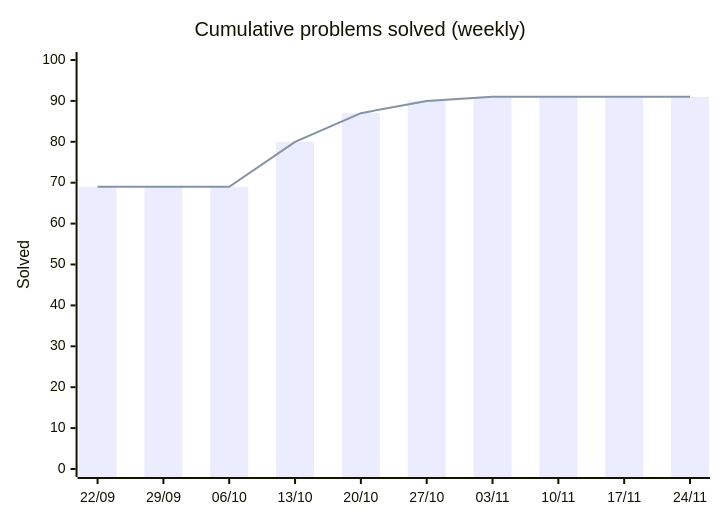
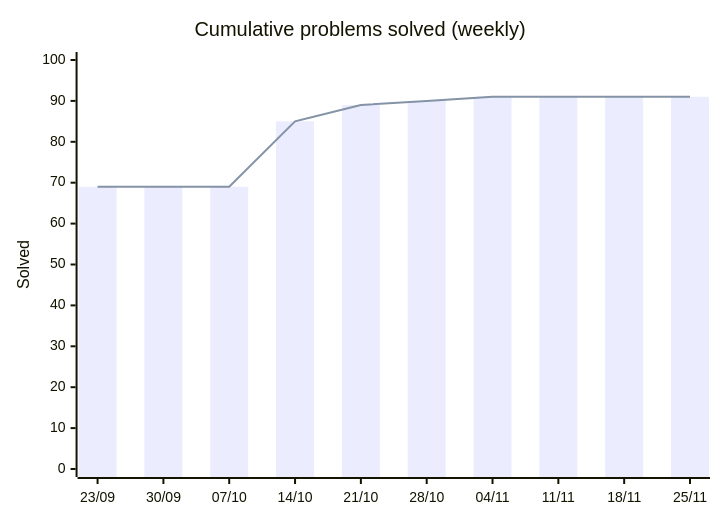
The first of 2 diagrams in README.md (HarryTrn/TensorTonic-Solutions), drawn with Mermaid before and after one commit. The commit also changed other lines of this file, not shown here.

Commit message:
docs: auto-update README [skip ci]

````diff
--- a/README.md
+++ b/README.md
@@ -65,8 +65,8 @@
 ```mermaid
 xychart-beta
     title "Cumulative problems solved (weekly)"
-    x-axis ["22/09", "29/09", "06/10", "13/10", "20/10", "27/10", "03/11", "10/11", "17/11", "24/11"]
+    x-axis ["23/09", "30/09", "07/10", "14/10", "21/10", "28/10", "04/11", "11/11", "18/11", "25/11"]
     y-axis "Solved" 0 --> 100
-    bar [69, 69, 69, 80, 87, 90, 91, 91, 91, 91]
-    line [69, 69, 69, 80, 87, 90, 91, 91, 91, 91]
+    bar [69, 69, 69, 85, 89, 90, 91, 91, 91, 91]
+    line [69, 69, 69, 85, 89, 90, 91, 91, 91, 91]
 ```
````
